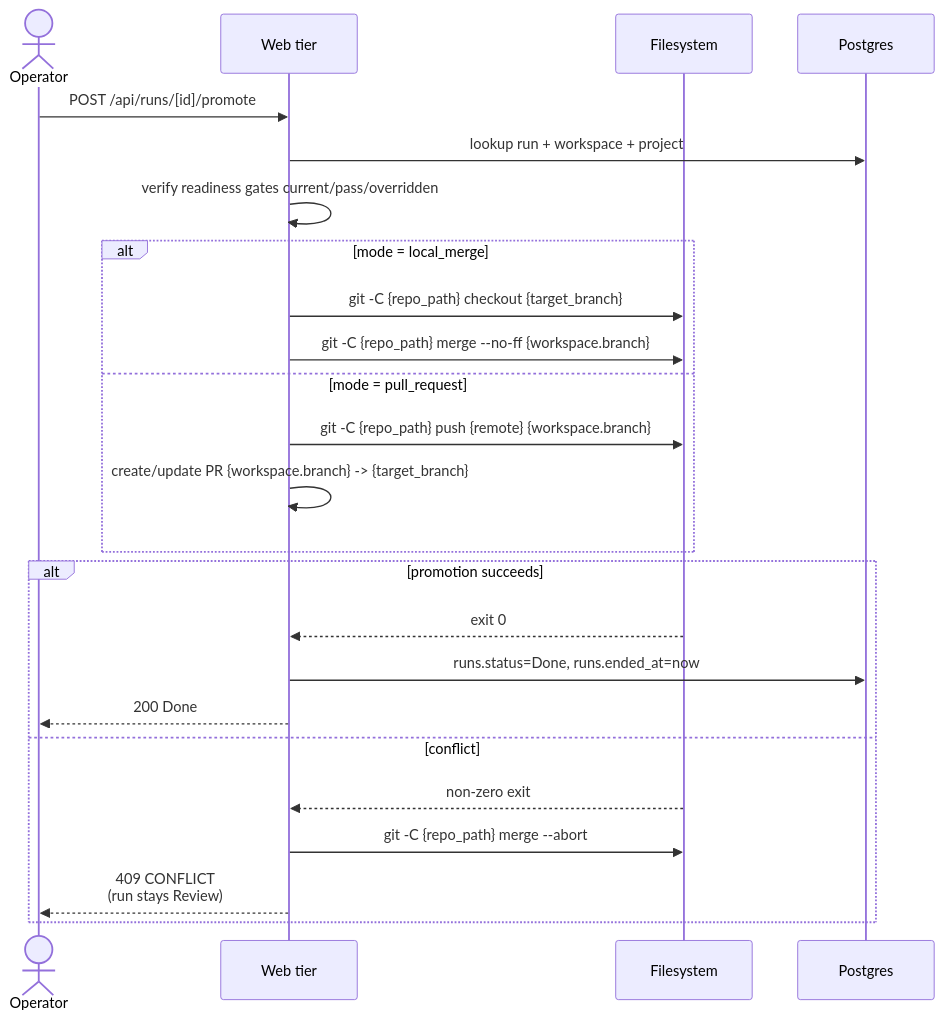
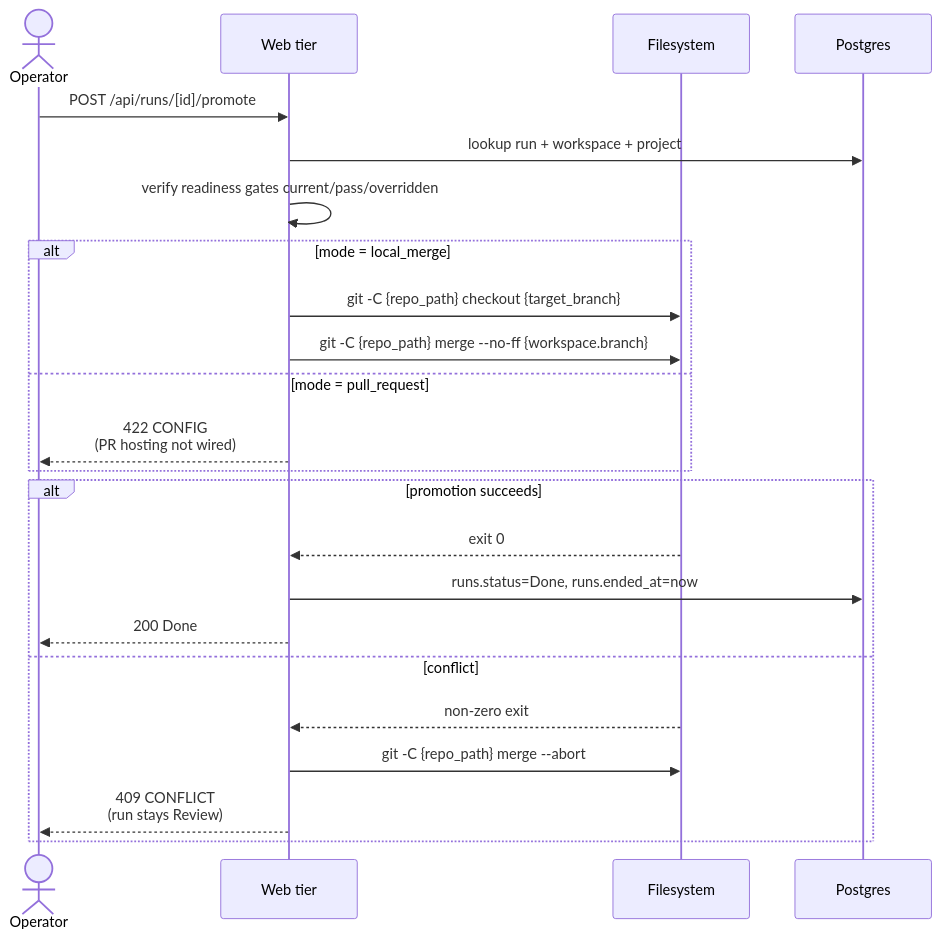
Before and after one commit to maister-dev/maister: the third of 5 diagrams in docs/system-analytics/workspaces.md, drawn with Mermaid. The commit also changed other lines of this file and 124 other files, not shown here.

````diff
--- a/docs/system-analytics/workspaces.md
+++ b/docs/system-analytics/workspaces.md
@@ -72,27 +73,26 @@
 ```mermaid
 sequenceDiagram
     actor U as Operator
     participant W as Web tier
     participant FS as Filesystem
     participant DB as Postgres
 
     U->>W: POST /api/runs/[id]/promote
     W->>DB: lookup run + workspace + project
     W->>W: verify readiness gates current/pass/overridden
     alt mode = local_merge
         W->>FS: git -C {repo_path} checkout {target_branch}
         W->>FS: git -C {repo_path} merge --no-ff {workspace.branch}
     else mode = pull_request
-        W->>FS: git -C {repo_path} push {remote} {workspace.branch}
-        W->>W: create/update PR {workspace.branch} -> {target_branch}
+        W-->>U: 422 CONFIG<br/>(PR hosting not wired)
     end
     alt promotion succeeds
         FS-->>W: exit 0
         W->>DB: runs.status=Done, runs.ended_at=now
         W-->>U: 200 Done
     else conflict
         FS-->>W: non-zero exit
         W->>FS: git -C {repo_path} merge --abort
         W-->>U: 409 CONFLICT<br/>(run stays Review)
     end
 ```
````
